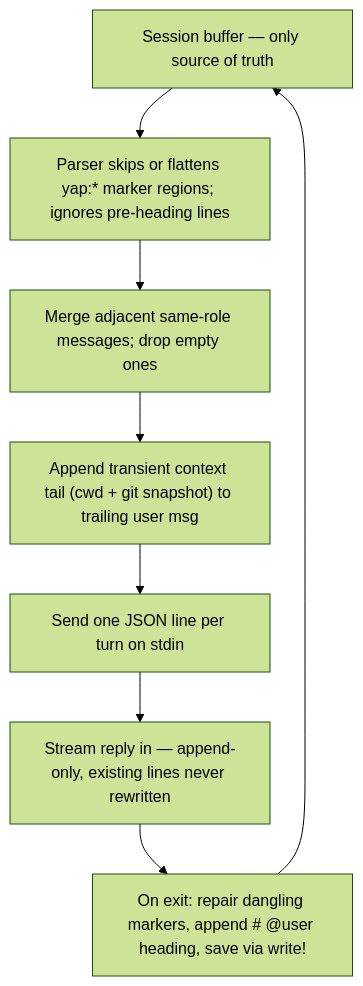
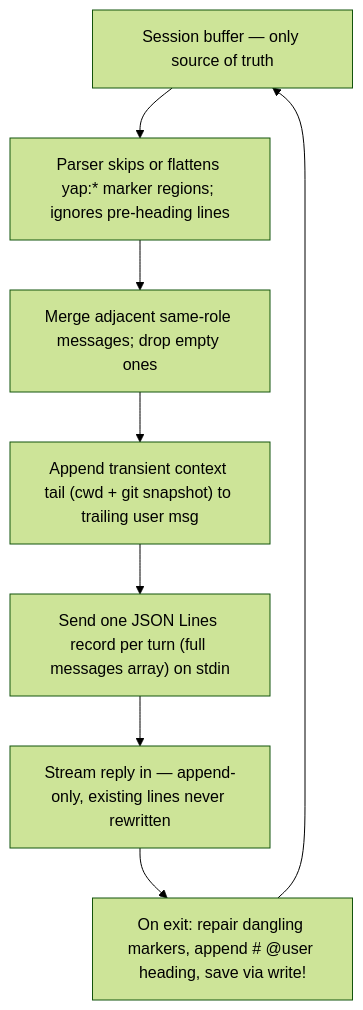
Before and after one commit to noisesfromspace/yap: the first of 3 diagrams in CONTRIBUTING.md, drawn with Mermaid (forest theme). The commit also changed other lines of this file, not shown here.

First line of the commit message:
docs: clarify that one stdin record carries the full conversation

````diff
--- a/CONTRIBUTING.md
+++ b/CONTRIBUTING.md
@@ -94,10 +94,10 @@
 ```mermaid
 flowchart TD
     A["Session buffer — only source of truth"] --> B["Parser skips or flattens yap:* marker regions; ignores pre-heading lines"]
     B --> C["Merge adjacent same-role messages; drop empty ones"]
     C --> D["Append transient context tail (cwd + git snapshot) to trailing user msg"]
-    D --> E["Send one JSON line per turn on stdin"]
+    D --> E["Send one JSON Lines record per turn (full messages array) on stdin"]
     E --> F["Stream reply in — append-only, existing lines never rewritten"]
     F --> G["On exit: repair dangling markers, append # @user heading, save via write!"]
     G --> A
 ```
````
